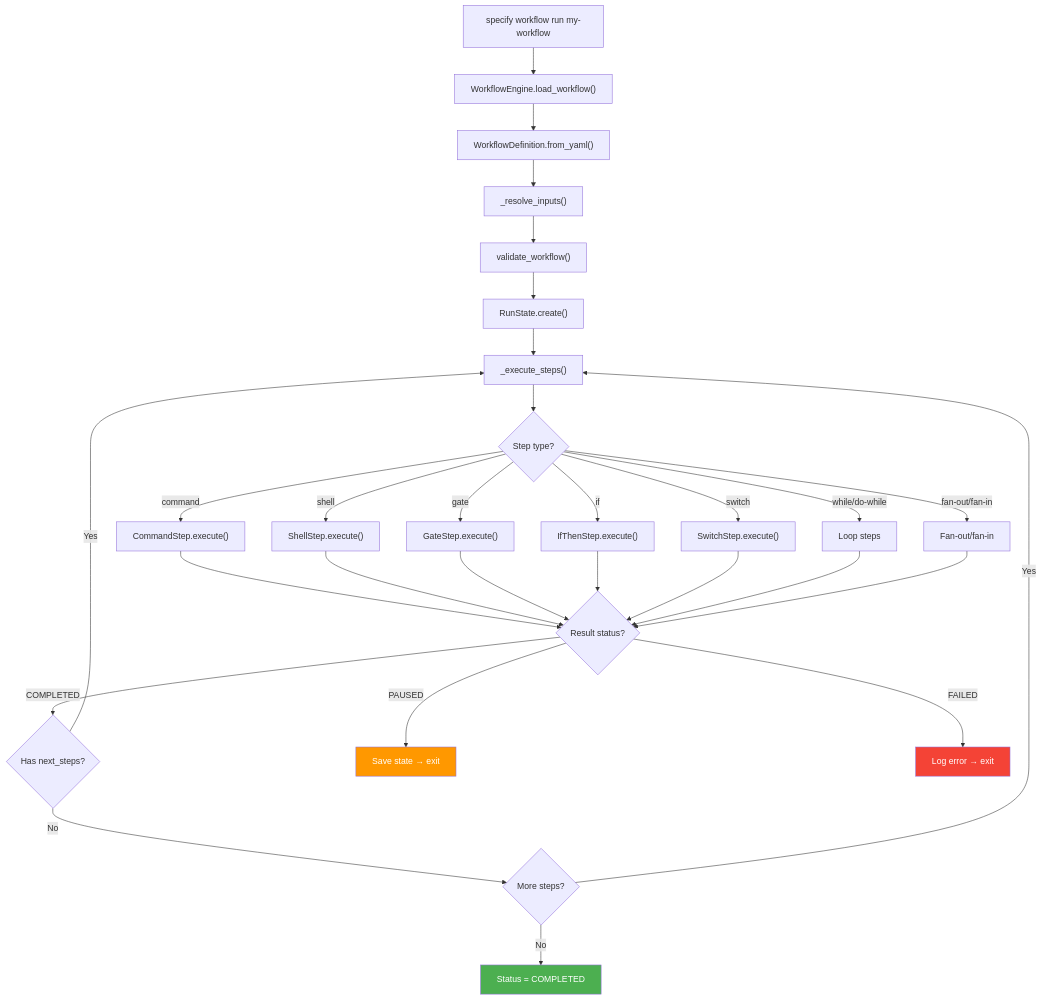
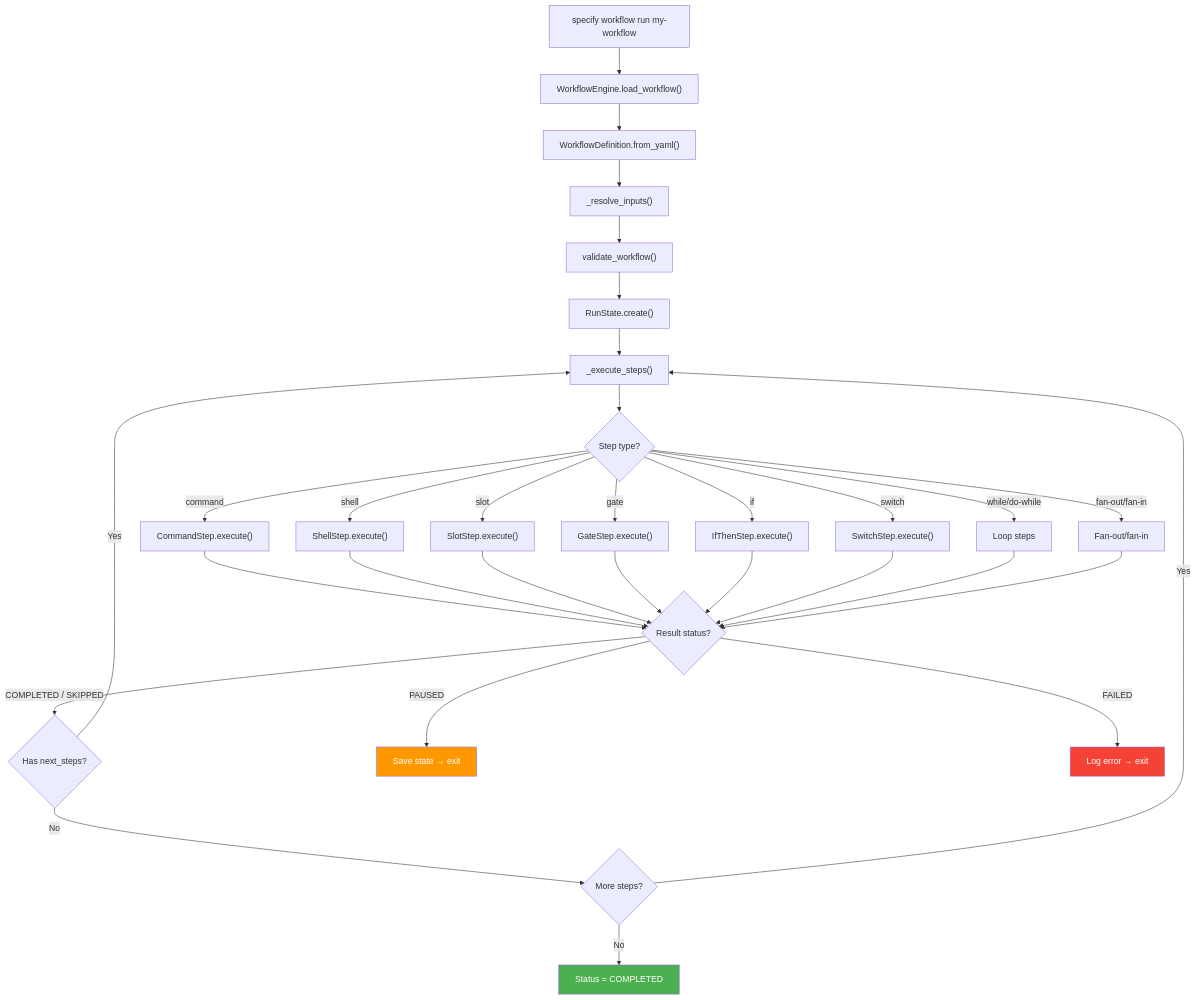
One commit to github/spec-kit changed the first of 3 diagrams in workflows/ARCHITECTURE.md. Above: the diagram before and after it, drawn with Mermaid. The commit also changed other lines of this file and 9 other files, not shown here.

````diff
--- a/workflows/ARCHITECTURE.md
+++ b/workflows/ARCHITECTURE.md
@@ -11,36 +11,38 @@
 ```mermaid
 flowchart TD
     A["specify workflow run my-workflow"] --> B["WorkflowEngine.load_workflow()"]
     B --> C["WorkflowDefinition.from_yaml()"]
     C --> D["_resolve_inputs()"]
     D --> E["validate_workflow()"]
     E --> F["RunState.create()"]
     F --> G["_execute_steps()"]
     G --> H{Step type?}
     H -- command --> I["CommandStep.execute()"]
     H -- shell --> J["ShellStep.execute()"]
+    H -- slot --> V["SlotStep.execute()"]
     H -- gate --> K["GateStep.execute()"]
     H -- "if" --> L["IfThenStep.execute()"]
     H -- switch --> M["SwitchStep.execute()"]
     H -- "while/do-while" --> N["Loop steps"]
     H -- "fan-out/fan-in" --> O["Fan-out/fan-in"]
 
     I --> P{Result status?}
     J --> P
+    V --> P
     K --> P
     L --> P
     M --> P
     N --> P
     O --> P
-    P -- COMPLETED --> Q{Has next_steps?}
+    P -- "COMPLETED / SKIPPED" --> Q{Has next_steps?}
     P -- PAUSED --> R["Save state → exit"]
     P -- FAILED --> S["Log error → exit"]
     Q -- Yes --> G
     Q -- No --> T{More steps?}
     T -- Yes --> G
     T -- No --> U["Status = COMPLETED"]
 
     style R fill:#ff9800,color:#fff
     style S fill:#f44336,color:#fff
     style U fill:#4caf50,color:#fff
 ```
````
